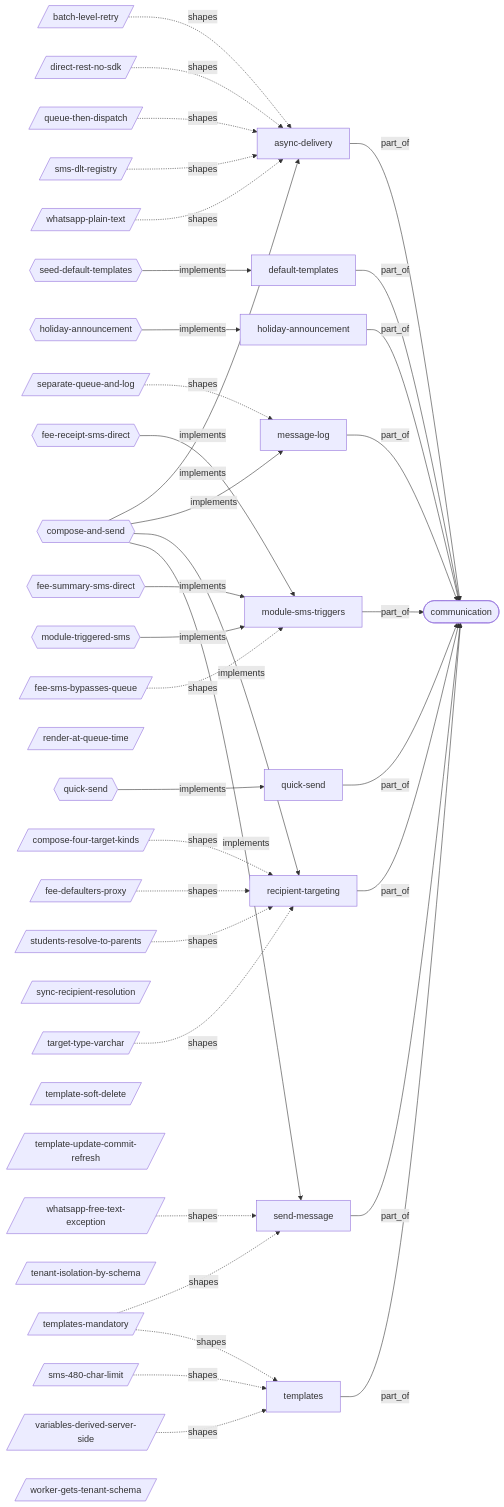
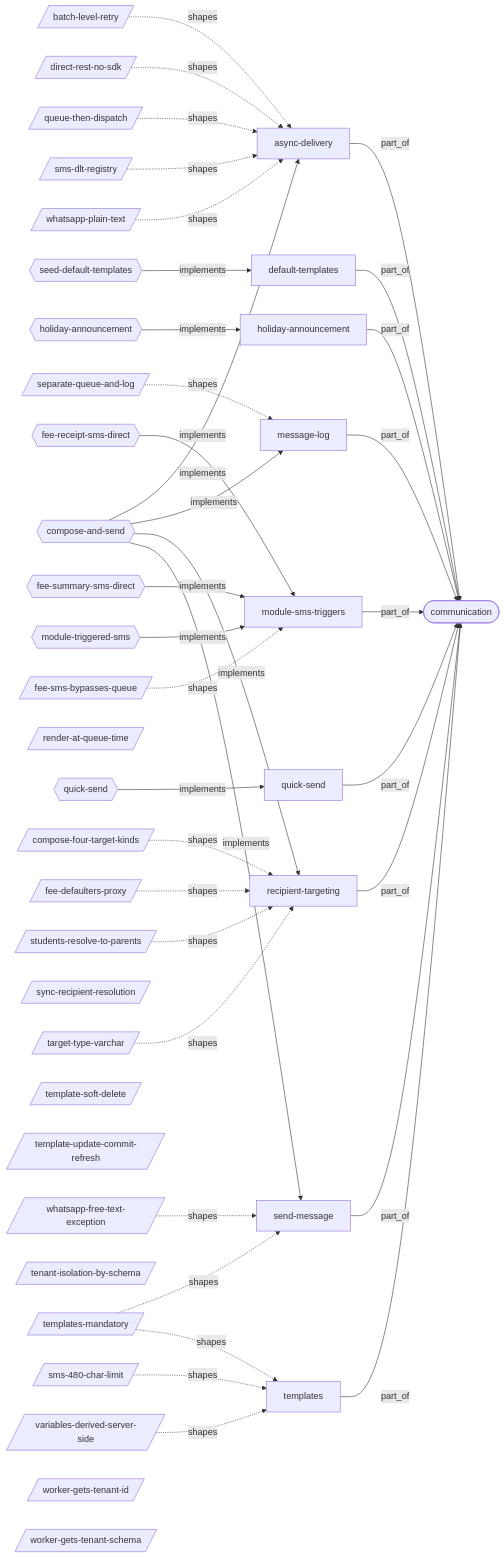
The first of 8 diagrams in docs/graph/views/communication.md (nerellasraj21/cos360_full_app), drawn with Mermaid before and after one commit. The commit also changed other lines of this file and 96 other files, not shown here.

First line of the commit message:
Convert Celery tasks and remaining per-schema code to tenant ids

````diff
--- a/docs/graph/views/communication.md
+++ b/docs/graph/views/communication.md
@@ -9,67 +9,68 @@
 ```mermaid
 graph LR
   n0(["communication"])
   n1["async-delivery"] -->|part_of| n0
   n2["default-templates"] -->|part_of| n0
   n3["holiday-announcement"] -->|part_of| n0
   n4["message-log"] -->|part_of| n0
   n5["module-sms-triggers"] -->|part_of| n0
   n6["quick-send"] -->|part_of| n0
   n7["recipient-targeting"] -->|part_of| n0
   n8["send-message"] -->|part_of| n0
   n9["templates"] -->|part_of| n0
   n10{{"compose-and-send"}}
   n10 -->|implements| n1
   n10 -->|implements| n4
   n10 -->|implements| n7
   n10 -->|implements| n8
   n11{{"fee-receipt-sms-direct"}}
   n11 -->|implements| n5
   n12{{"fee-summary-sms-direct"}}
   n12 -->|implements| n5
   n13{{"holiday-announcement"}}
   n13 -->|implements| n3
   n14{{"module-triggered-sms"}}
   n14 -->|implements| n5
   n15{{"quick-send"}}
   n15 -->|implements| n6
   n16{{"seed-default-templates"}}
   n16 -->|implements| n2
   n17[/"batch-level-retry"/]
   n17 -.->|shapes| n1
   n18[/"compose-four-target-kinds"/]
   n18 -.->|shapes| n7
   n19[/"direct-rest-no-sdk"/]
   n19 -.->|shapes| n1
   n20[/"fee-defaulters-proxy"/]
   n20 -.->|shapes| n7
   n21[/"fee-sms-bypasses-queue"/]
   n21 -.->|shapes| n5
   n22[/"queue-then-dispatch"/]
   n22 -.->|shapes| n1
   n23[/"render-at-queue-time"/]
   n24[/"separate-queue-and-log"/]
   n24 -.->|shapes| n4
   n25[/"sms-480-char-limit"/]
   n25 -.->|shapes| n9
   n26[/"sms-dlt-registry"/]
   n26 -.->|shapes| n1
   n27[/"students-resolve-to-parents"/]
   n27 -.->|shapes| n7
   n28[/"sync-recipient-resolution"/]
   n29[/"target-type-varchar"/]
   n29 -.->|shapes| n7
   n30[/"template-soft-delete"/]
   n31[/"template-update-commit-refresh"/]
   n32[/"templates-mandatory"/]
   n32 -.->|shapes| n8
   n32 -.->|shapes| n9
   n33[/"tenant-isolation-by-schema"/]
   n34[/"variables-derived-server-side"/]
   n34 -.->|shapes| n9
   n35[/"whatsapp-free-text-exception"/]
   n35 -.->|shapes| n8
   n36[/"whatsapp-plain-text"/]
   n36 -.->|shapes| n1
-  n37[/"worker-gets-tenant-schema"/]
+  n37[/"worker-gets-tenant-id"/]
+  n38[/"worker-gets-tenant-schema"/]
 ```
````
